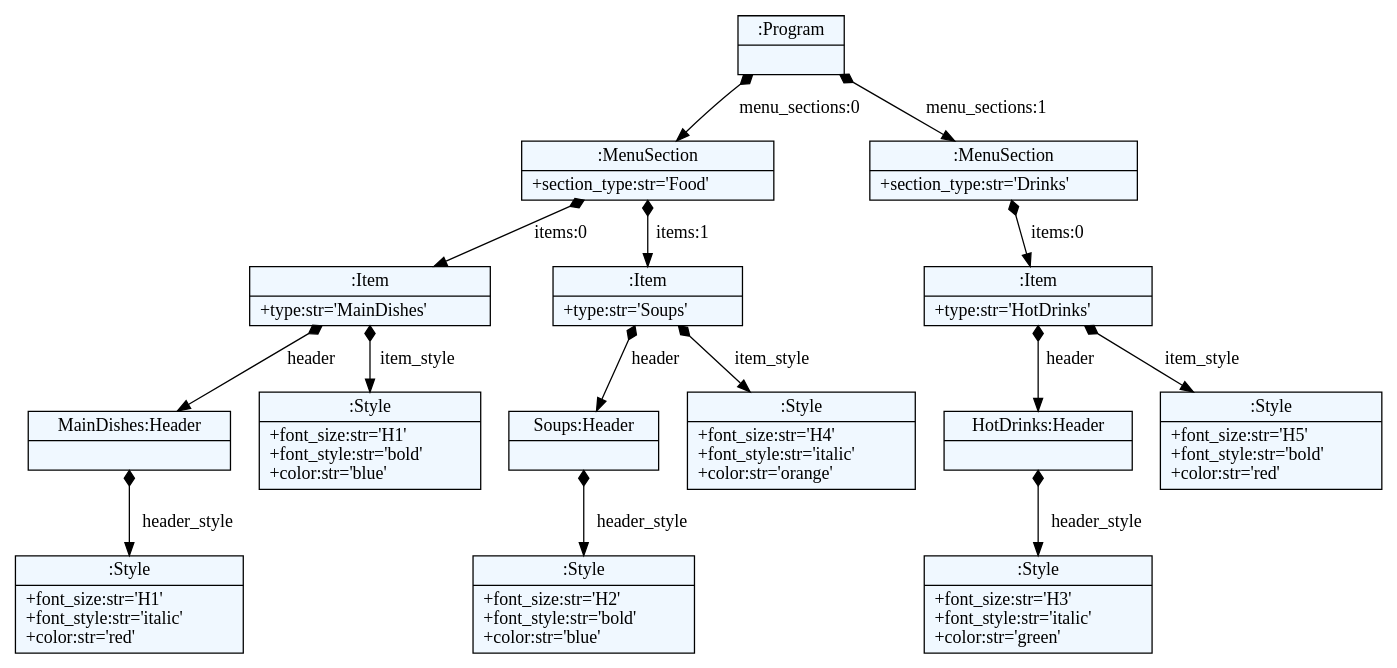
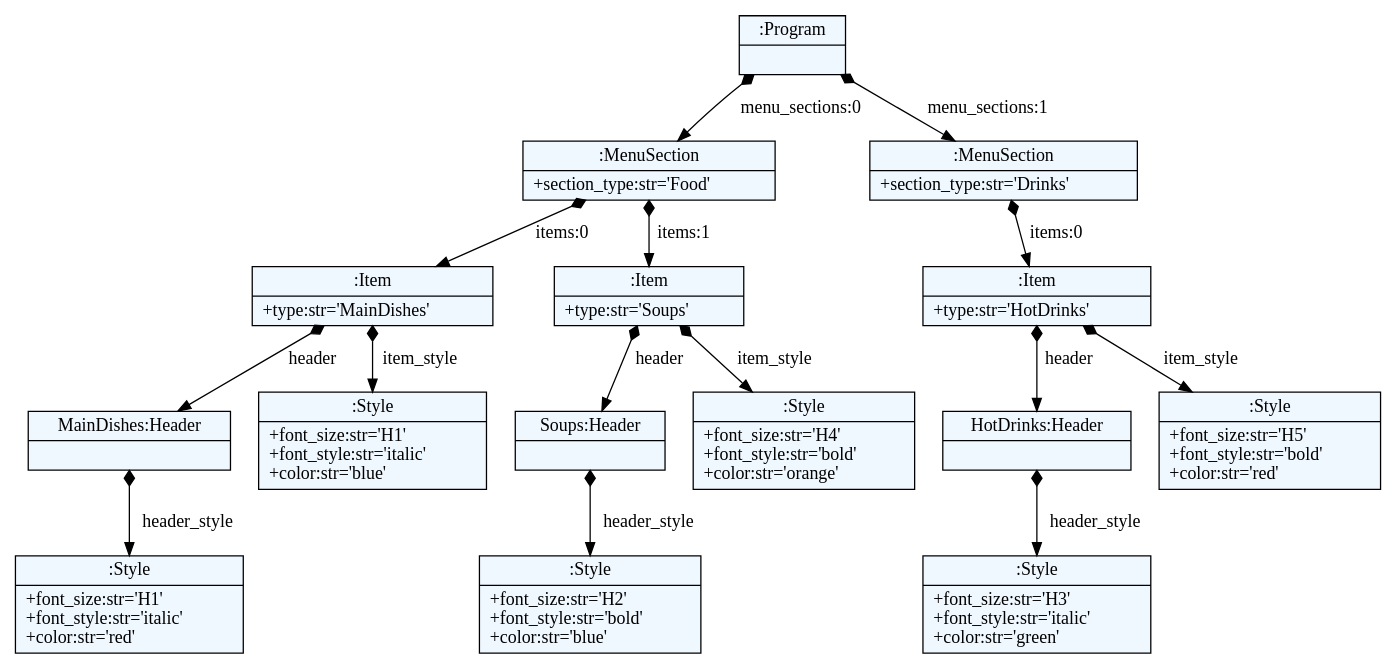
The diagram in menuDSL/example.dot (marijamilanovic/DSL), drawn with Graphviz before and after one commit. The commit also changed 5 other files, not shown here.

```diff
--- a/menuDSL/example.dot
+++ b/menuDSL/example.dot
@@ -1,44 +1,44 @@
 
     digraph textX {
     fontname = "Bitstream Vera Sans"
     fontsize = 8
     node[
         shape=record,
         style=filled,
         fillcolor=aliceblue
     ]
     nodesep = 0.3
     edge[dir=black,arrowtail=empty]
 
 
-2306911437200 -> 2306911438016 [label="menu_sections:0" arrowtail=diamond dir=both]
-2306911438016 -> 2306911445072 [label="items:0" arrowtail=diamond dir=both]
-2306911445072 -> 2306911445216 [label="header" arrowtail=diamond dir=both]
-2306911445216 -> 2306911445360 [label="header_style" arrowtail=diamond dir=both]
-2306911445360[label="{:Style|+font_size:str='H1'\l+font_style:str='italic'\l+color:str='red'\l}"]
-2306911445216[label="{MainDishes:Header|}"]
-2306911445072 -> 2306911445312 [label="item_style" arrowtail=diamond dir=both]
-2306911445312[label="{:Style|+font_size:str='H1'\l+font_style:str='bold'\l+color:str='blue'\l}"]
-2306911445072[label="{:Item|+type:str='MainDishes'\l}"]
-2306911438016 -> 2306911445120 [label="items:1" arrowtail=diamond dir=both]
-2306911445120 -> 2306911445408 [label="header" arrowtail=diamond dir=both]
-2306911445408 -> 2306911445552 [label="header_style" arrowtail=diamond dir=both]
-2306911445552[label="{:Style|+font_size:str='H2'\l+font_style:str='bold'\l+color:str='blue'\l}"]
-2306911445408[label="{Soups:Header|}"]
-2306911445120 -> 2306911445504 [label="item_style" arrowtail=diamond dir=both]
-2306911445504[label="{:Style|+font_size:str='H4'\l+font_style:str='italic'\l+color:str='orange'\l}"]
-2306911445120[label="{:Item|+type:str='Soups'\l}"]
-2306911438016[label="{:MenuSection|+section_type:str='Food'\l}"]
-2306911437200 -> 2306911444976 [label="menu_sections:1" arrowtail=diamond dir=both]
-2306911444976 -> 2306911445648 [label="items:0" arrowtail=diamond dir=both]
-2306911445648 -> 2306911445744 [label="header" arrowtail=diamond dir=both]
-2306911445744 -> 2306911445888 [label="header_style" arrowtail=diamond dir=both]
-2306911445888[label="{:Style|+font_size:str='H3'\l+font_style:str='italic'\l+color:str='green'\l}"]
-2306911445744[label="{HotDrinks:Header|}"]
-2306911445648 -> 2306911445840 [label="item_style" arrowtail=diamond dir=both]
-2306911445840[label="{:Style|+font_size:str='H5'\l+font_style:str='bold'\l+color:str='red'\l}"]
-2306911445648[label="{:Item|+type:str='HotDrinks'\l}"]
-2306911444976[label="{:MenuSection|+section_type:str='Drinks'\l}"]
-2306911437200[label="{:Program|}"]
+1427142869392 -> 1427142870208 [label="menu_sections:0" arrowtail=diamond dir=both]
+1427142870208 -> 1427142877264 [label="items:0" arrowtail=diamond dir=both]
+1427142877264 -> 1427142877408 [label="header" arrowtail=diamond dir=both]
+1427142877408 -> 1427142877552 [label="header_style" arrowtail=diamond dir=both]
+1427142877552[label="{:Style|+font_size:str='H1'\l+font_style:str='italic'\l+color:str='red'\l}"]
+1427142877408[label="{MainDishes:Header|}"]
+1427142877264 -> 1427142877504 [label="item_style" arrowtail=diamond dir=both]
+1427142877504[label="{:Style|+font_size:str='H1'\l+font_style:str='italic'\l+color:str='blue'\l}"]
+1427142877264[label="{:Item|+type:str='MainDishes'\l}"]
+1427142870208 -> 1427142877312 [label="items:1" arrowtail=diamond dir=both]
+1427142877312 -> 1427142877600 [label="header" arrowtail=diamond dir=both]
+1427142877600 -> 1427142877744 [label="header_style" arrowtail=diamond dir=both]
+1427142877744[label="{:Style|+font_size:str='H2'\l+font_style:str='bold'\l+color:str='blue'\l}"]
+1427142877600[label="{Soups:Header|}"]
+1427142877312 -> 1427142877696 [label="item_style" arrowtail=diamond dir=both]
+1427142877696[label="{:Style|+font_size:str='H4'\l+font_style:str='bold'\l+color:str='orange'\l}"]
+1427142877312[label="{:Item|+type:str='Soups'\l}"]
+1427142870208[label="{:MenuSection|+section_type:str='Food'\l}"]
+1427142869392 -> 1427142877168 [label="menu_sections:1" arrowtail=diamond dir=both]
+1427142877168 -> 1427142877840 [label="items:0" arrowtail=diamond dir=both]
+1427142877840 -> 1427142877936 [label="header" arrowtail=diamond dir=both]
+1427142877936 -> 1427142878080 [label="header_style" arrowtail=diamond dir=both]
+1427142878080[label="{:Style|+font_size:str='H3'\l+font_style:str='italic'\l+color:str='green'\l}"]
+1427142877936[label="{HotDrinks:Header|}"]
+1427142877840 -> 1427142878032 [label="item_style" arrowtail=diamond dir=both]
+1427142878032[label="{:Style|+font_size:str='H5'\l+font_style:str='bold'\l+color:str='red'\l}"]
+1427142877840[label="{:Item|+type:str='HotDrinks'\l}"]
+1427142877168[label="{:MenuSection|+section_type:str='Drinks'\l}"]
+1427142869392[label="{:Program|}"]
 
 }
```
